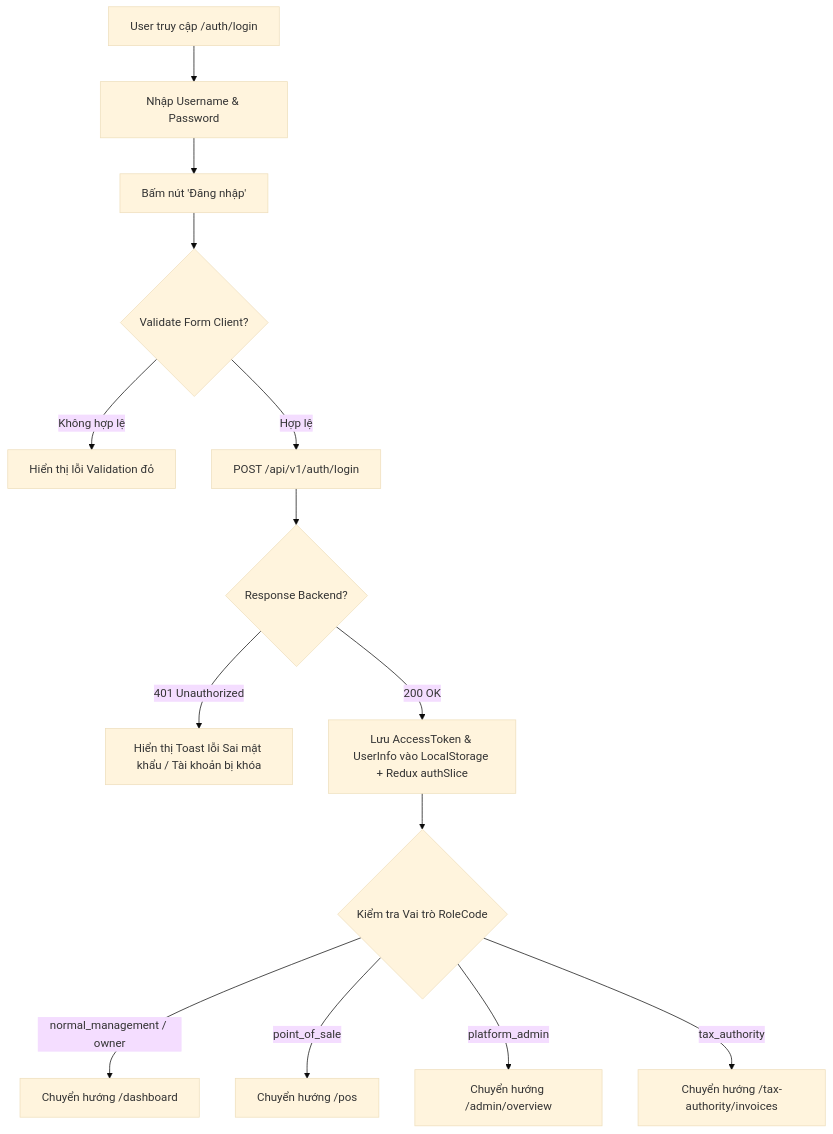
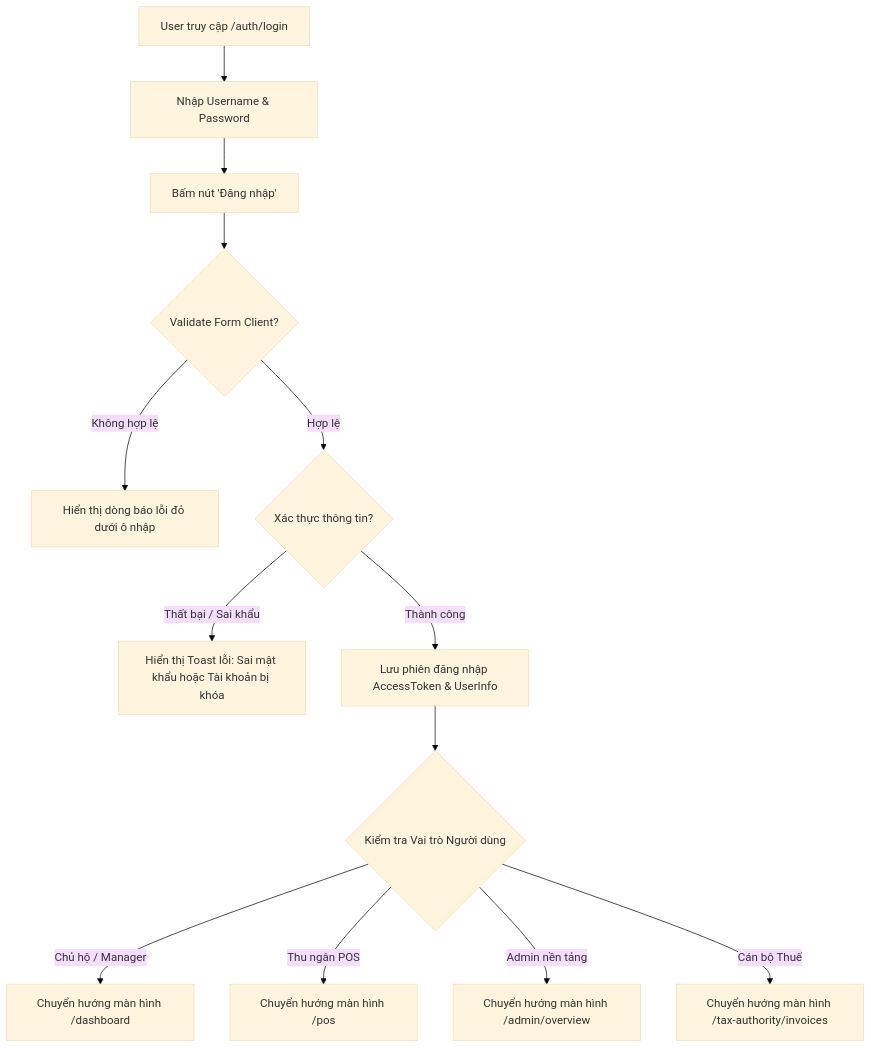
The first of 34 diagrams in architecture/full_screen_activity_flows.md (lean1835/BanHangViet), drawn with Mermaid (base theme) before and after one commit. The commit also changed other lines of this file, not shown here.

Commit message:
refactor(docs): update full_screen_activity_flows to pure UI/UX screen activity flows

````diff
--- a/architecture/full_screen_activity_flows.md
+++ b/architecture/full_screen_activity_flows.md
@@ -63,16 +63,15 @@
 ```mermaid
 flowchart TD
     Start[User truy cập /auth/login] --> InputForm[Nhập Username & Password]
     InputForm --> ClickLogin[Bấm nút 'Đăng nhập']
     ClickLogin --> ValidateInput{Validate Form Client?}
-    ValidateInput -- Không hợp lệ --> ShowClientErr[Hiển thị lỗi Validation đỏ]
-    ValidateInput -- Hợp lệ --> CallAPI[POST /api/v1/auth/login]
-    CallAPI --> CheckAPI{Response Backend?}
-    CheckAPI -- 401 Unauthorized --> ShowToastErr[Hiển thị Toast lỗi Sai mật khẩu / Tài khoản bị khóa]
-    CheckAPI -- 200 OK --> SaveToken[Lưu AccessToken & UserInfo vào LocalStorage + Redux authSlice]
-    SaveToken --> CheckRole{Kiểm tra Vai trò RoleCode}
-    CheckRole -- normal_management / owner --> GoDashboard[Chuyển hướng /dashboard]
-    CheckRole -- point_of_sale --> GoPOS[Chuyển hướng /pos]
-    CheckRole -- platform_admin --> GoAdmin[Chuyển hướng /admin/overview]
-    CheckRole -- tax_authority --> GoTax[Chuyển hướng /tax-authority/invoices]
+    ValidateInput -- Không hợp lệ --> ShowClientErr[Hiển thị dòng báo lỗi đỏ dưới ô nhập]
+    ValidateInput -- Hợp lệ --> CheckAuth{Xác thực thông tin?}
+    CheckAuth -- Thất bại / Sai khẩu --> ShowToastErr[Hiển thị Toast lỗi: Sai mật khẩu hoặc Tài khoản bị khóa]
+    CheckAuth -- Thành công --> SaveSession[Lưu phiên đăng nhập AccessToken & UserInfo]
+    SaveSession --> CheckRole{Kiểm tra Vai trò Người dùng}
+    CheckRole -- Chủ hộ / Manager --> GoDashboard[Chuyển hướng màn hình /dashboard]
+    CheckRole -- Thu ngân POS --> GoPOS[Chuyển hướng màn hình /pos]
+    CheckRole -- Admin nền tảng --> GoAdmin[Chuyển hướng màn hình /admin/overview]
+    CheckRole -- Cán bộ Thuế --> GoTax[Chuyển hướng màn hình /tax-authority/invoices]
 ```
````
